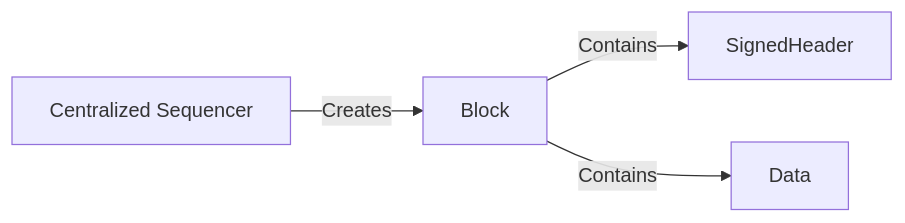
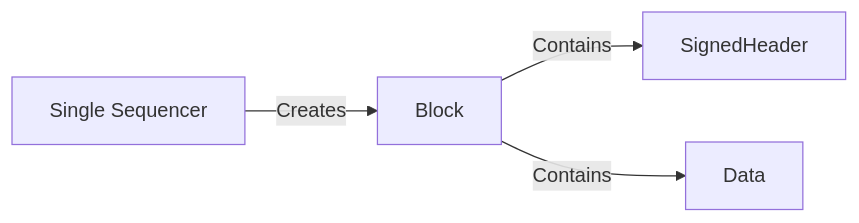
The first of 8 diagrams in specs/lazy-adr/adr-014-header-and-data-separation.md (rollkit/rollkit), drawn with Mermaid before and after one commit. The commit also changed other lines of this file and 15 other files, not shown here.

````diff
--- a/specs/lazy-adr/adr-014-header-and-data-separation.md
+++ b/specs/lazy-adr/adr-014-header-and-data-separation.md
@@ -9,8 +9,8 @@
 ```mermaid
 flowchart LR
-    CS[Centralized Sequencer] -->|Creates| B[Block]
+    CS[Single Sequencer] -->|Creates| B[Block]
     B -->|Contains| SH1[SignedHeader]
     B -->|Contains| D1[Data]
 
     class CS,B,SH1,D1 node
 ```
````
